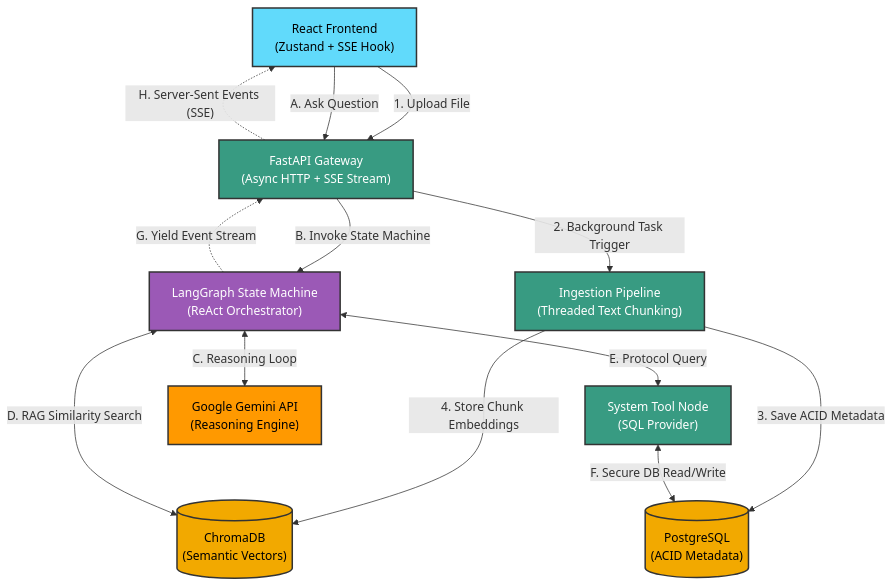
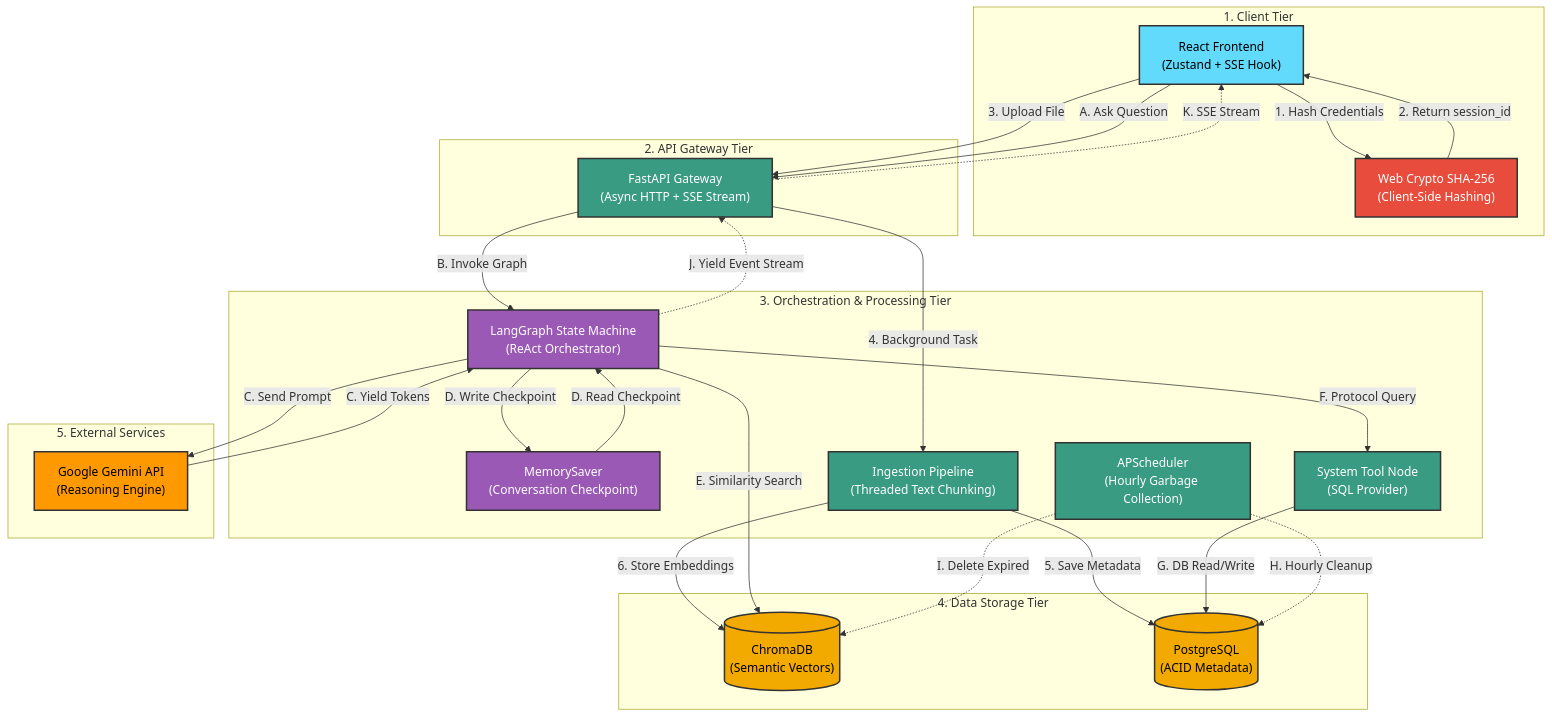
One commit to TechnoMeter/agentic-document-intelligence-platform changed the diagram in readme.md. Above: the diagram before and after it, drawn with Mermaid. The commit also changed other lines of this file and 33 other files, not shown here.

Commit message:
Add tests for App, Login components, and API functions; implement Login component with hashing

````diff
--- a/readme.md
+++ b/readme.md
@@ -72,40 +76,71 @@
 ```mermaid
 graph TD
     %% Define Node Styles
     classDef frontend fill:#61dafb,stroke:#333,stroke-width:2px,color:#000;
     classDef backend fill:#389b82,stroke:#333,stroke-width:2px,color:#fff;
     classDef db fill:#f2a900,stroke:#333,stroke-width:2px,color:#000;
     classDef external fill:#ff9900,stroke:#333,stroke-width:2px,color:#000;
     classDef agent fill:#9b59b6,stroke:#333,stroke-width:2px,color:#fff;
+    classDef security fill:#e74c3c,stroke:#333,stroke-width:2px,color:#fff;
 
-    %% Nodes
-    Client["React Frontend<br/>(Zustand + SSE Hook)"]:::frontend
-    API["FastAPI Gateway<br/>(Async HTTP + SSE Stream)"]:::backend
-    Worker["Ingestion Pipeline<br/>(Threaded Text Chunking)"]:::backend
-    LangGraph["LangGraph State Machine<br/>(ReAct Orchestrator)"]:::agent
-    ToolNode["System Tool Node<br/>(SQL Provider)"]:::backend
-    
-    VectorDB[("ChromaDB<br/>(Semantic Vectors)")]:::db
-    SQL[("PostgreSQL<br/>(ACID Metadata)")]:::db
-    LLM["Google Gemini API<br/>(Reasoning Engine)"]:::external
+    %% Logical Architectural Tiers
+    subgraph "1. Client Tier"
+        Client["React Frontend<br/>(Zustand + SSE Hook)"]:::frontend
+        Hasher["Web Crypto SHA-256<br/>(Client-Side Hashing)"]:::security
+    end
+
+    subgraph "2. API Gateway Tier"
+        API["FastAPI Gateway<br/>(Async HTTP + SSE Stream)"]:::backend
+    end
+
+    subgraph "3. Orchestration & Processing Tier"
+        LangGraph["LangGraph State Machine<br/>(ReAct Orchestrator)"]:::agent
+        Memory["MemorySaver<br/>(Conversation Checkpoint)"]:::agent
+        Worker["Ingestion Pipeline<br/>(Threaded Text Chunking)"]:::backend
+        ToolNode["System Tool Node<br/>(SQL Provider)"]:::backend
+        Scheduler["APScheduler<br/>(Hourly Garbage Collection)"]:::backend
+    end
+
+    subgraph "4. Data Storage Tier"
+        VectorDB[("ChromaDB<br/>(Semantic Vectors)")]:::db
+        SQL[("PostgreSQL<br/>(ACID Metadata)")]:::db
+    end
+
+    subgraph "5. External Services"
+        LLM["Google Gemini API<br/>(Reasoning Engine)"]:::external
+    end
+
+    %% Edges - Authentication
+    Client -- "1. Hash Credentials" --> Hasher
+    Hasher -- "2. Return session_id" --> Client
 
     %% Edges - Ingestion Flow
-    Client -- "1. Upload File" --> API
-    API -- "2. Background Task Trigger" --> Worker
-    Worker -- "3. Save ACID Metadata" ---> SQL
-    Worker -- "4. Store Chunk Embeddings" ---> VectorDB
+    Client -- "3. Upload File" --> API
+    API -- "4. Background Task" --> Worker
+    Worker -- "5. Save Metadata" --> SQL
+    Worker -- "6. Store Embeddings" --> VectorDB
 
     %% Edges - Query Flow
     Client -- "A. Ask Question" --> API
-    API -- "B. Invoke State Machine" --> LangGraph
-    LangGraph <-->|C. Reasoning Loop| LLM
+    API -- "B. Invoke Graph" --> LangGraph
+    
+    %% Split Bidirectional Arrows for Cleaner Routing
+    LangGraph -- "C. Send Prompt" --> LLM
+    LLM -- "C. Yield Tokens" --> LangGraph
+    
+    LangGraph -- "D. Write Checkpoint" --> Memory
+    Memory -- "D. Read Checkpoint" --> LangGraph
     
     %% Agent Tool Calls
-    LangGraph <-->|D. RAG Similarity Search| VectorDB
-    LangGraph <-->|E. Protocol Query| ToolNode
-    ToolNode <-->|F. Secure DB Read/Write| SQL
+    LangGraph -- "E. Similarity Search" --> VectorDB
+    LangGraph -- "F. Protocol Query" --> ToolNode
+    ToolNode -- "G. DB Read/Write" --> SQL
     
+    %% Garbage Collection
+    Scheduler -. "H. Hourly Cleanup" .-> SQL
+    Scheduler -. "I. Delete Expired" .-> VectorDB
+
     %% Streaming Response
-    LangGraph -. "G. Yield Event Stream" .-> API
-    API -. "H. Server-Sent Events (SSE)" .-> Client
+    LangGraph -. "J. Yield Event Stream" .-> API
+    API -. "K. SSE Stream" .-> Client
 ```
````
